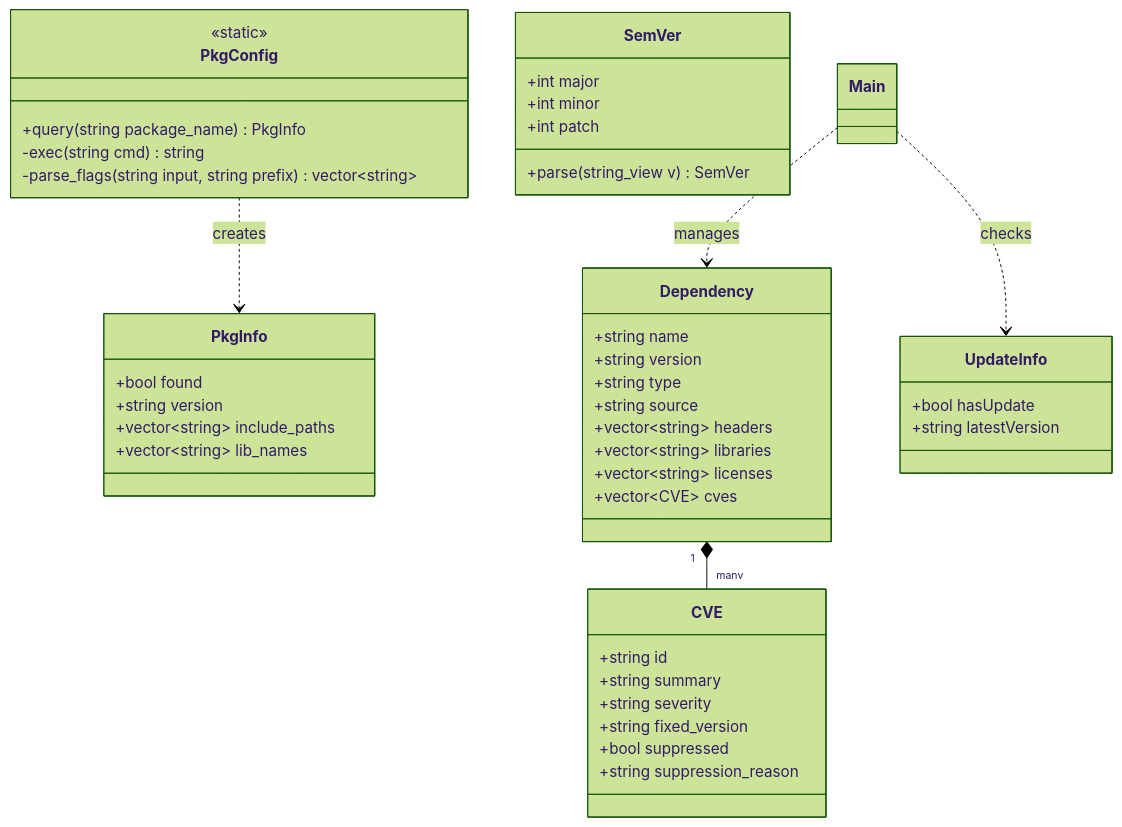
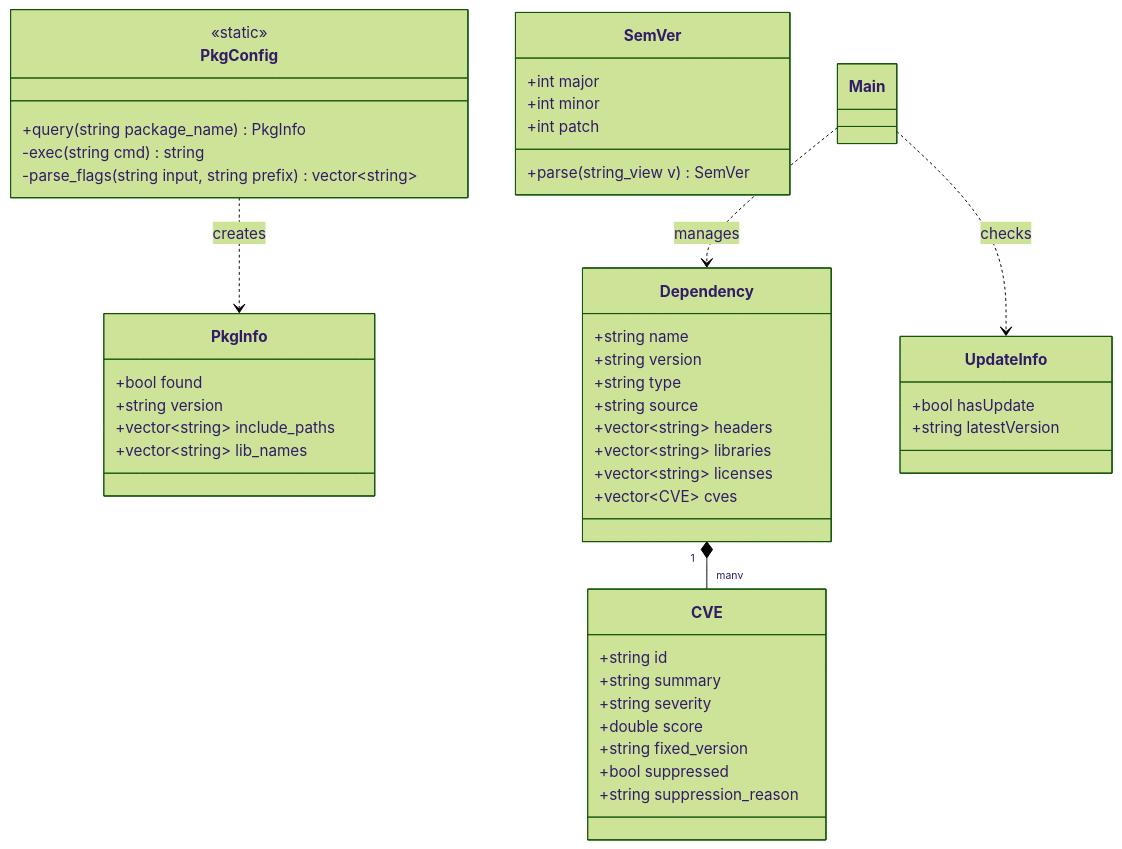
The fourth of 4 diagrams in docs/architecture/readme.md (Zheng-Bote/depdiscover), drawn with Mermaid (forest theme) before and after one commit. The commit also changed other lines of this file and 32 other files, not shown here.

````diff
--- a/docs/architecture/readme.md
+++ b/docs/architecture/readme.md
@@ -187,53 +194,54 @@
 ```mermaid
 classDiagram
     class Dependency {
         +string name
         +string version
         +string type
         +string source
         +vector~string~ headers
         +vector~string~ libraries
         +vector~string~ licenses
         +vector~CVE~ cves
     }
 
     class CVE {
         +string id
         +string summary
         +string severity
+        +double score
         +string fixed_version
         +bool suppressed
         +string suppression_reason
     }
 
     class PkgInfo {
         +bool found
         +string version
         +vector~string~ include_paths
         +vector~string~ lib_names
     }
 
     class PkgConfig {
         <<static>>
         +query(string package_name) PkgInfo
         -exec(string cmd) string
         -parse_flags(string input, string prefix) vector~string~
     }
 
     class SemVer {
         +int major
         +int minor
         +int patch
         +parse(string_view v) SemVer
     }
 
     class UpdateInfo {
         +bool hasUpdate
         +string latestVersion
     }
 
     Dependency "1" *-- "many" CVE
     PkgConfig ..> PkgInfo : creates
     Main ..> Dependency : manages
     Main ..> UpdateInfo : checks
 ```
````
